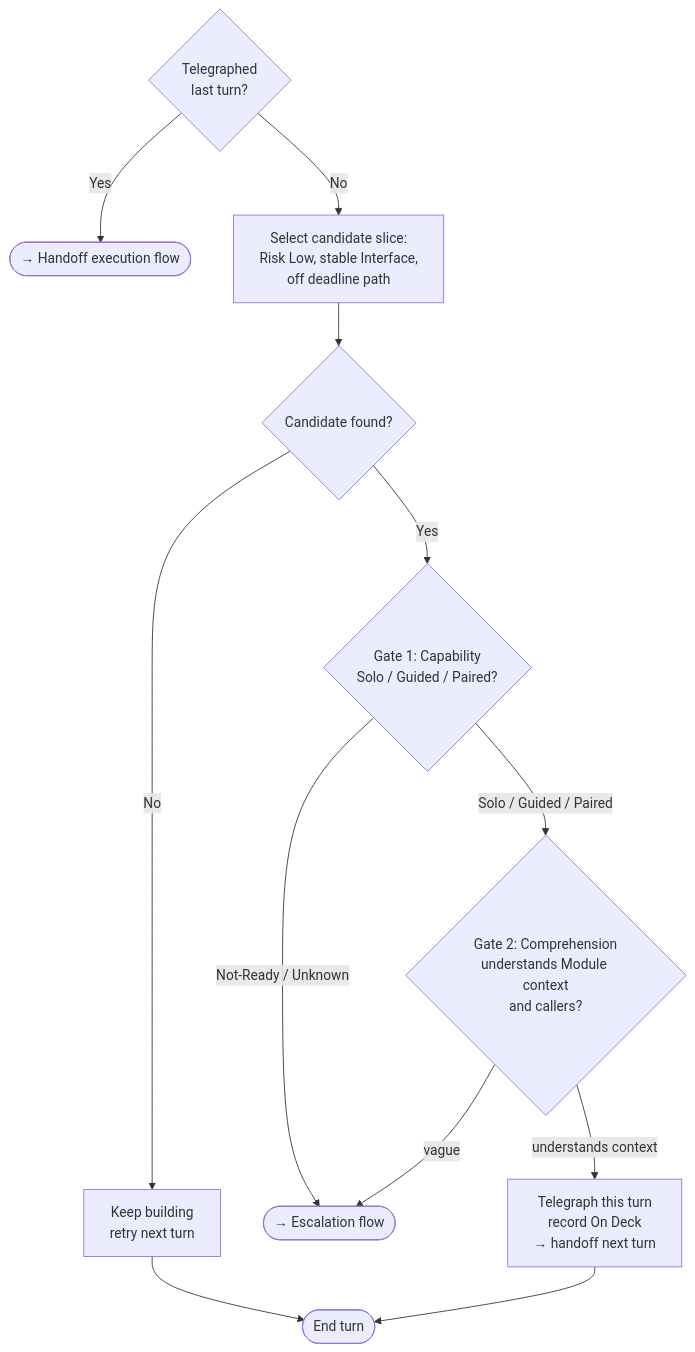
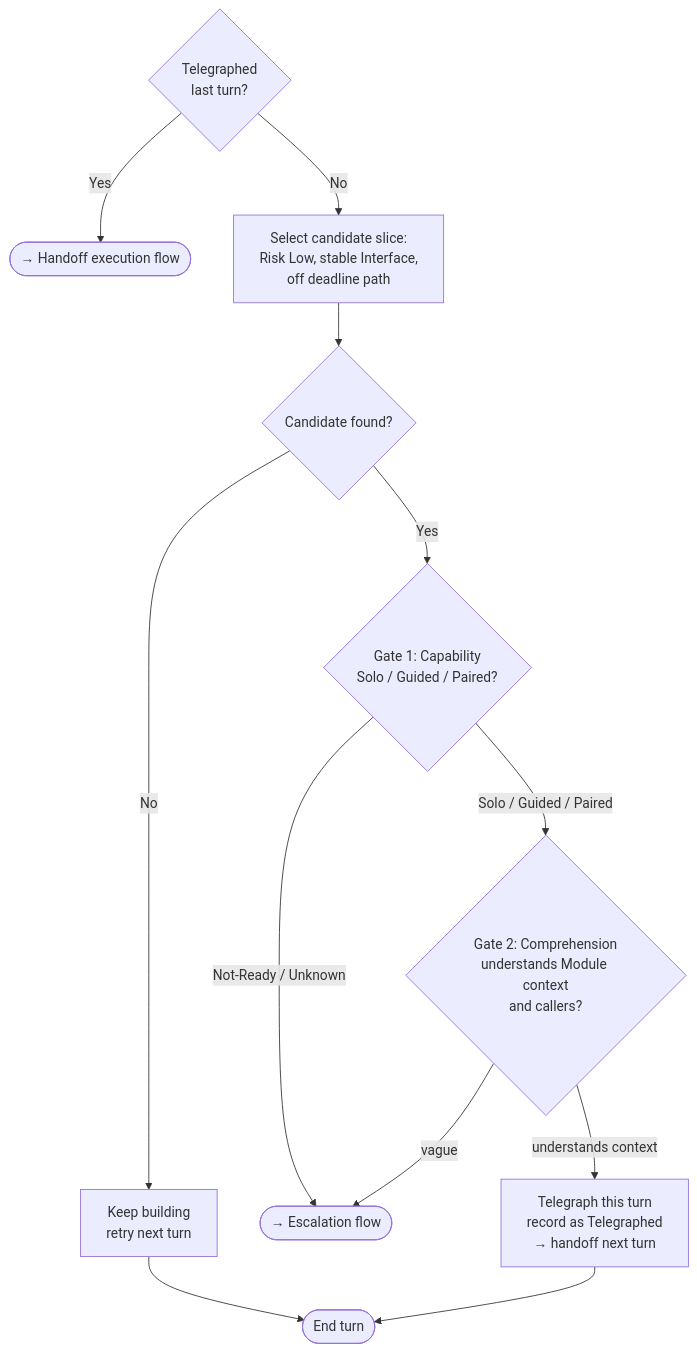
One commit to MegaByteMark/skills-to-pay-the-ai-bills changed the third of 5 diagrams in skills/vibe-code-antidote/SKILL.md. Above: the diagram before and after it, drawn with Mermaid. The commit also changed other lines of this file, not shown here.

````diff
--- a/skills/vibe-code-antidote/SKILL.md
+++ b/skills/vibe-code-antidote/SKILL.md
@@ -99,14 +99,14 @@
 ```mermaid
 flowchart TD
     ENTRY{Telegraphed<br>last turn?} -->|Yes| EXEC([→ Handoff execution flow])
     ENTRY -->|No| SELECT[Select candidate slice:<br>Risk Low, stable Interface,<br>off deadline path]
     SELECT --> FOUND{Candidate found?}
     FOUND -->|No| KEEP[Keep building<br>retry next turn]
     FOUND -->|Yes| G1{Gate 1: Capability<br>Solo / Guided / Paired?}
     G1 -->|Not-Ready / Unknown| ESC([→ Escalation flow])
     G1 -->|Solo / Guided / Paired| G2{Gate 2: Comprehension<br>understands Module context<br>and callers?}
     G2 -->|vague| ESC
-    G2 -->|understands context| TELE[Telegraph this turn<br>record On Deck<br>→ handoff next turn]
+    G2 -->|understands context| TELE[Telegraph this turn<br>record as Telegraphed<br>→ handoff next turn]
     KEEP --> END([End turn])
     TELE --> END
 ```
````
